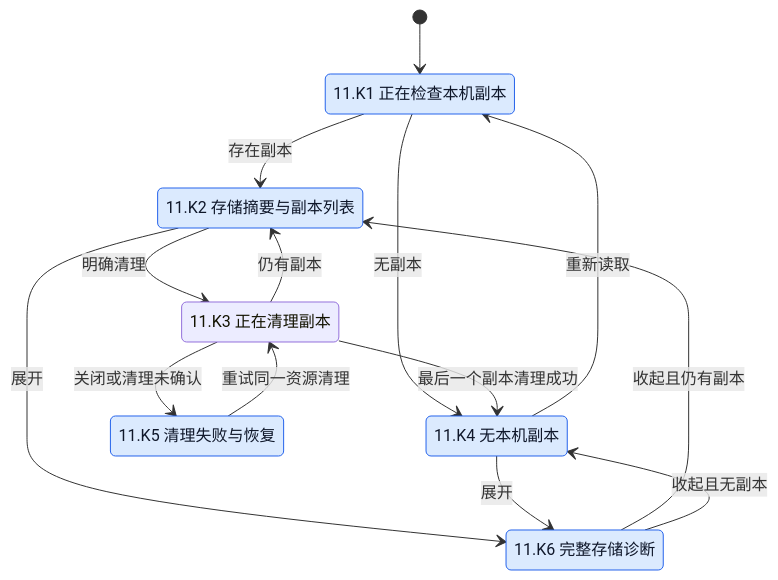
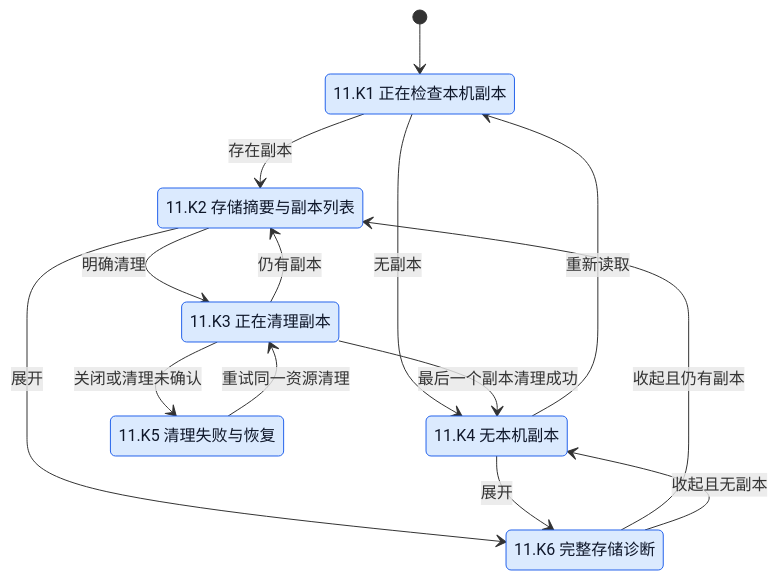
Before and after one commit to Wybxc/karuyomi: diagram 16 of 21 in docs/verification/mihon-state-coverage.md, drawn with Mermaid. The commit also changed other lines of this file and 4 other files, not shown here.

````diff
--- a/docs/verification/mihon-state-coverage.md
+++ b/docs/verification/mihon-state-coverage.md
@@ -1517,24 +1517,24 @@
 ```mermaid
 stateDiagram-v2
     [*] --> ReadingCache
     state "11.K1 正在检查本机副本" as ReadingCache
     state "11.K2 存储摘要与副本列表" as CachedCopies
     state "11.K3 正在清理副本" as CleaningCopy
     state "11.K4 无本机副本" as NoCopies
     state "11.K5 清理失败与恢复" as CleaningFailed
     state "11.K6 完整存储诊断" as CacheDiagnostics
     ReadingCache --> CachedCopies: 存在副本
     ReadingCache --> NoCopies: 无副本
     CachedCopies --> CleaningCopy: 明确清理
     CleaningCopy --> NoCopies: 最后一个副本清理成功
     CleaningCopy --> CachedCopies: 仍有副本
     CleaningCopy --> CleaningFailed: 关闭或清理未确认
     CleaningFailed --> CleaningCopy: 重试同一资源清理
     CachedCopies --> CacheDiagnostics: 展开
     NoCopies --> CacheDiagnostics: 展开
     CacheDiagnostics --> CachedCopies: 收起且仍有副本
     CacheDiagnostics --> NoCopies: 收起且无副本
     NoCopies --> ReadingCache: 重新读取
     classDef paired fill:#dbeafe,stroke:#2563eb,color:#0f172a
-    class ReadingCache,CachedCopies,NoCopies,CleaningFailed,CacheDiagnostics paired
+    class ReadingCache,CachedCopies,CleaningCopy,NoCopies,CleaningFailed,CacheDiagnostics paired
 ```
````
